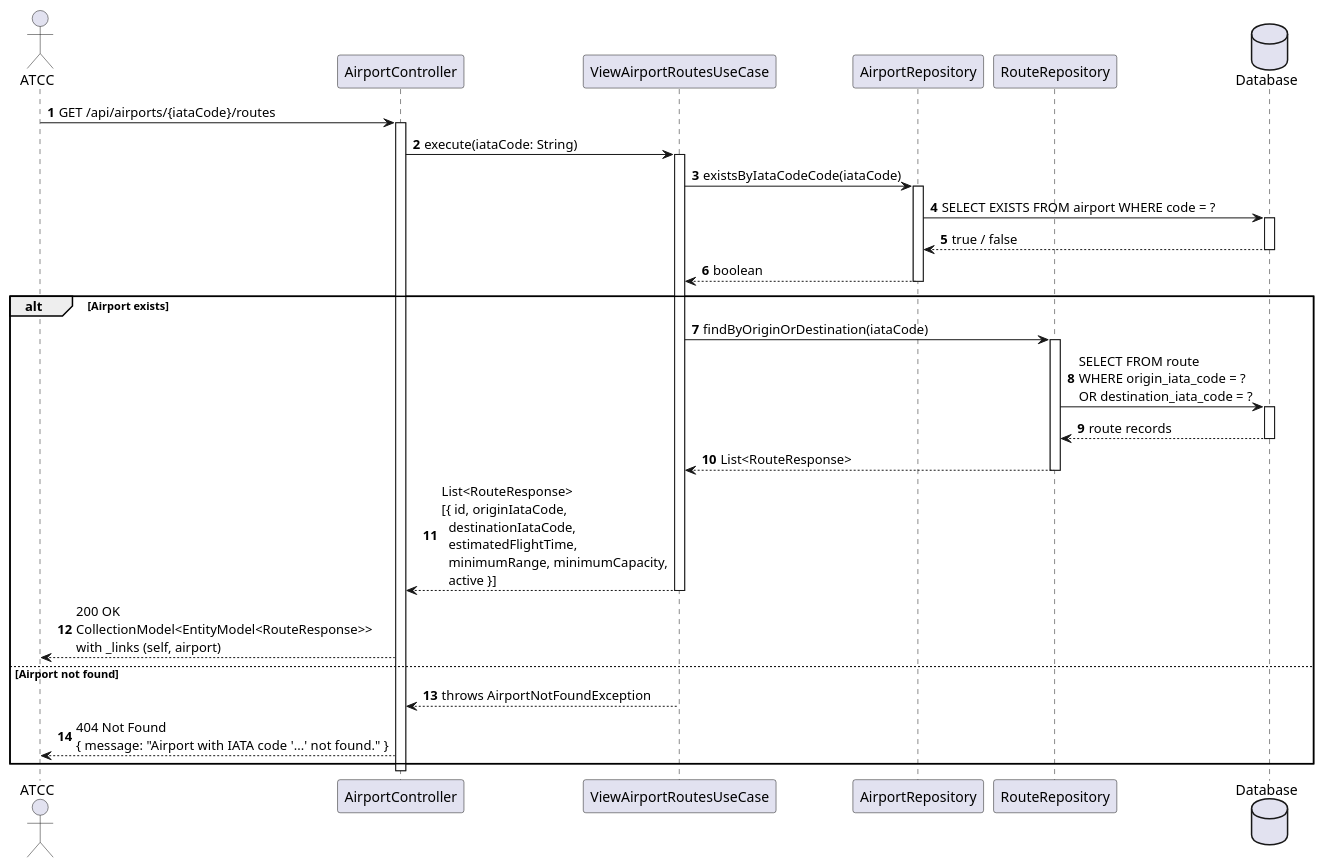
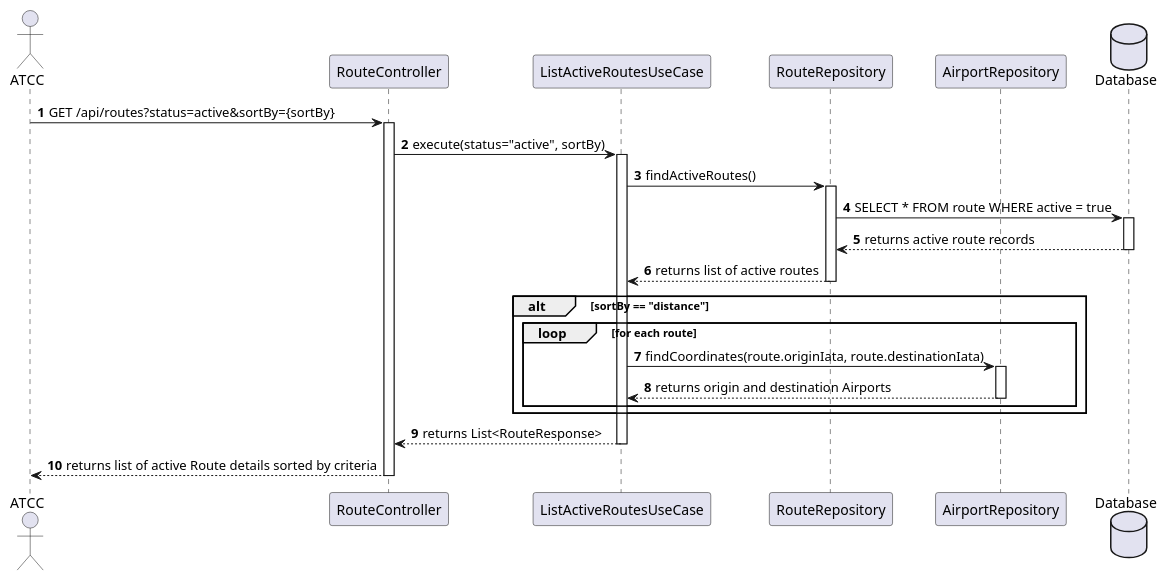
One commit to VascoMagolo/psoft_1231562_1241692_1242036_2db changed the diagram in docs/system-documentation/use-cases/WP3B/US215/puml/sd_us215.puml. Above: the diagram before and after it, drawn with PlantUML. The commit also changed 56 other files, not shown here.

Commit message:
Implement WP3B flight scheduling and network routes

```diff
--- a/docs/system-documentation/use-cases/WP3B/US215/puml/sd_us215.puml
+++ b/docs/system-documentation/use-cases/WP3B/US215/puml/sd_us215.puml
@@ -1,45 +1,40 @@
 @startuml
 autonumber
-actor "ATCC" as ATCC
-participant "AirportController" as Ctrl
-participant "ViewAirportRoutesUseCase" as UC
+actor "ATCC" as BO
+participant "RouteController" as Ctrl
+participant "ListActiveRoutesUseCase" as UC
+participant "RouteRepository" as RouteRepo
 participant "AirportRepository" as AirportRepo
-participant "RouteRepository" as RouteRepo
 database "Database" as DB
 
-ATCC -> Ctrl : GET /api/airports/{iataCode}/routes
+BO -> Ctrl : GET /api/routes?status=active&sortBy={sortBy}
 activate Ctrl
 
-Ctrl -> UC : execute(iataCode: String)
+Ctrl -> UC : execute(status="active", sortBy)
 activate UC
 
-UC -> AirportRepo : existsByIataCodeCode(iataCode)
-activate AirportRepo
-AirportRepo -> DB : SELECT EXISTS FROM airport WHERE code = ?
+UC -> RouteRepo : findActiveRoutes()
+activate RouteRepo
+RouteRepo -> DB : SELECT * FROM route WHERE active = true
 activate DB
-DB --> AirportRepo : true / false
+DB --> RouteRepo : returns active route records
 deactivate DB
-AirportRepo --> UC : boolean
-deactivate AirportRepo
+RouteRepo --> UC : returns list of active routes
+deactivate RouteRepo
 
-alt Airport exists
-  UC -> RouteRepo : findByOriginOrDestination(iataCode)
-  activate RouteRepo
-  RouteRepo -> DB : SELECT FROM route\nWHERE origin_iata_code = ?\nOR destination_iata_code = ?
-  activate DB
-  DB --> RouteRepo : route records
-  deactivate DB
-  RouteRepo --> UC : List<RouteResponse>
-  deactivate RouteRepo
+alt sortBy == "distance"
+    loop for each route
+        UC -> AirportRepo : findCoordinates(route.originIata, route.destinationIata)
+        activate AirportRepo
+        AirportRepo --> UC : returns origin and destination Airports
+        deactivate AirportRepo
+    end
 
-  UC --> Ctrl : List<RouteResponse>\n[{ id, originIataCode,\n  destinationIataCode,\n  estimatedFlightTime,\n  minimumRange, minimumCapacity,\n  active }]
-  deactivate UC
-
-  Ctrl --> ATCC : 200 OK\nCollectionModel<EntityModel<RouteResponse>>\nwith _links (self, airport)
-else Airport not found
-  UC --> Ctrl : throws AirportNotFoundException
-  Ctrl --> ATCC : 404 Not Found\n{ message: "Airport with IATA code '...' not found." }
 end
 
+UC --> Ctrl : returns List<RouteResponse>
+deactivate UC
+
+Ctrl --> BO : returns list of active Route details sorted by criteria
 deactivate Ctrl
 @enduml
```
